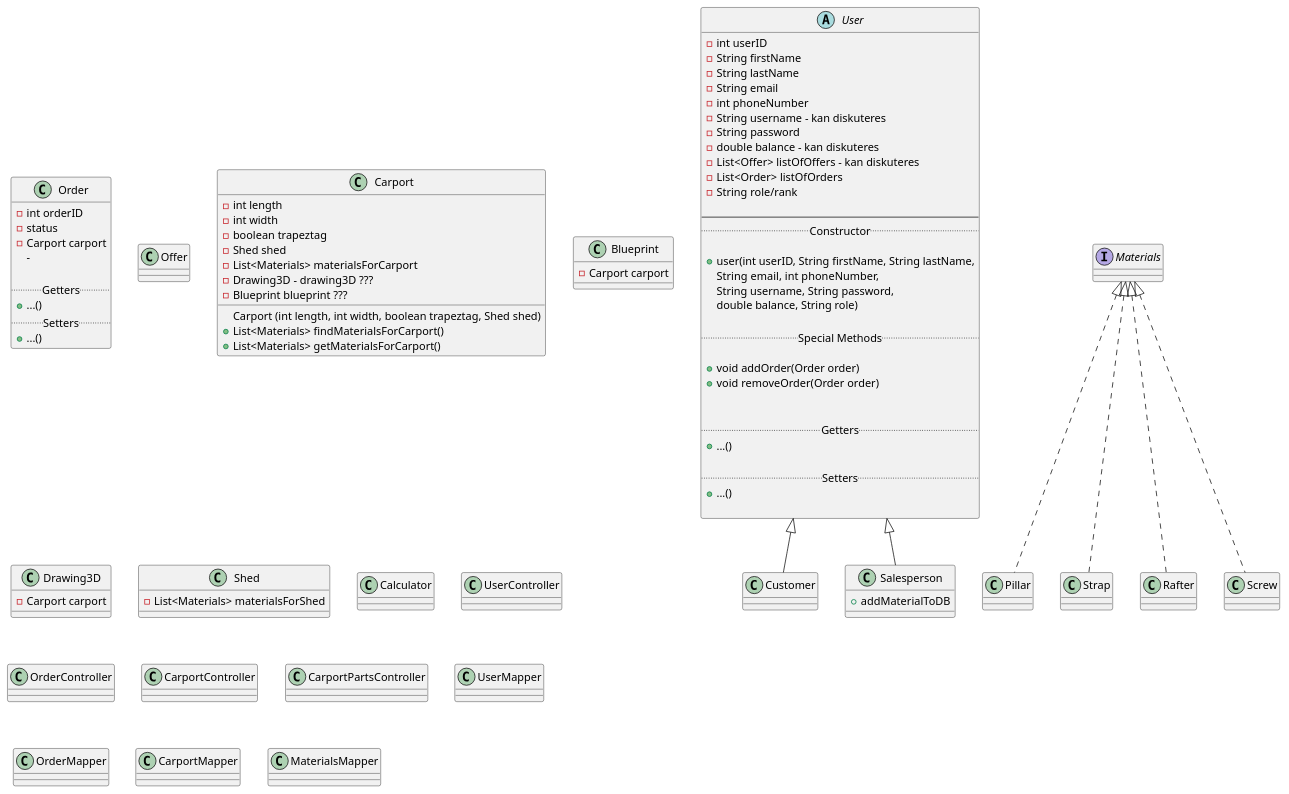
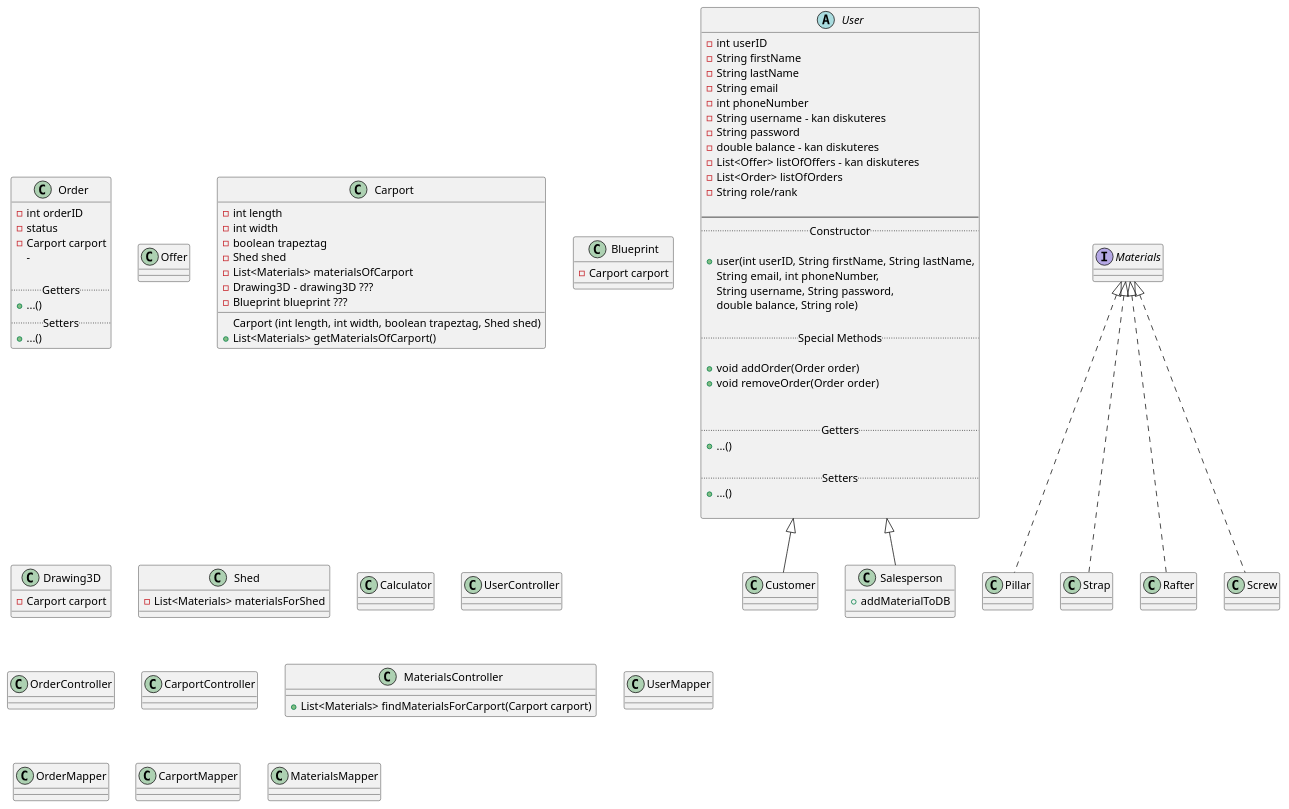
The diagram in doc/Analyse/PlantUML/KlasseDiagram.puml (Laumh-exe/2SemEksamenOpgave), drawn with PlantUML before and after one commit.

Commit message:
Class diagram - MaterialsController

```diff
--- a/doc/Analyse/PlantUML/KlasseDiagram.puml
+++ b/doc/Analyse/PlantUML/KlasseDiagram.puml
@@ -1,140 +1,148 @@
 @startuml
 'https://plantuml.com/class-diagram
 
 abstract User{
     - int userID
     - String firstName
     - String lastName
     - String email
     - int phoneNumber
     - String username - kan diskuteres
     - String password
     - double balance - kan diskuteres
     - List<Offer> listOfOffers - kan diskuteres
     - List<Order> listOfOrders
     - String role/rank
 
     --
     ..Constructor..
 
     + user(int userID, String firstName, String lastName,
     String email, int phoneNumber,
     String username, String password,
     double balance, String role)
 
     ..Special Methods..
 
     + void addOrder(Order order)
     + void removeOrder(Order order)
 
 
     ..Getters..
     + ...()
 
     ..Setters..
     + ...()
 
 }
 
 class Customer extends User {
 
 }
 
 
 class Salesperson extends User {
 
 
     + addMaterialToDB
 
 }
 
 
 
 class Order {
     - int orderID
     - status
     - Carport carport
     -
 
     ..Getters..
     + ...()
     ..Setters..
     + ...()
 }
 class Offer
 /'class Receipt'/
 class Carport {
 
     - int length
     - int width
     - boolean trapeztag
     - Shed shed
-    - List<Materials> materialsForCarport
+    - List<Materials> materialsOfCarport
     - Drawing3D - drawing3D ???
     - Blueprint blueprint ???
 
 
 
     Carport (int length, int width, boolean trapeztag, Shed shed)
 
 
-    + List<Materials> findMaterialsForCarport()
 
 
-    + List<Materials> getMaterialsForCarport()
+
+    + List<Materials> getMaterialsOfCarport()
 
 
 }
 
 
 class Blueprint {
 
     - Carport carport
 
 
 
 
 }
 
 class Drawing3D{
 
     - Carport carport
 }
 
 interface Materials{
 }
 
 class Pillar implements Materials{}
 class Strap implements Materials{}
 class Rafter implements Materials{}
 class Screw implements Materials{}
 
 
 class Shed {
     - List<Materials> materialsForShed
 }
 
 
 
 
 
 class Calculator {
 
 }
 
 class UserController
 class OrderController
-class CarportController
-class CarportPartsController
+class CarportController {
+
+
+}
+
+
+class MaterialsController{
+
+    + List<Materials> findMaterialsForCarport(Carport carport)
+    }
 
 class UserMapper
 class OrderMapper
 class CarportMapper
 class MaterialsMapper
 
 
 
 
 
 
 @enduml
```
